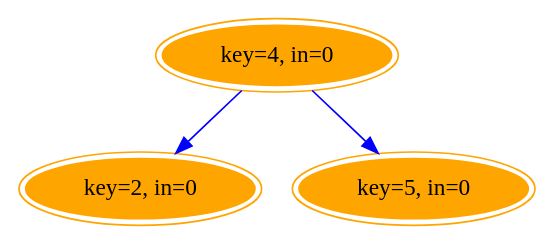
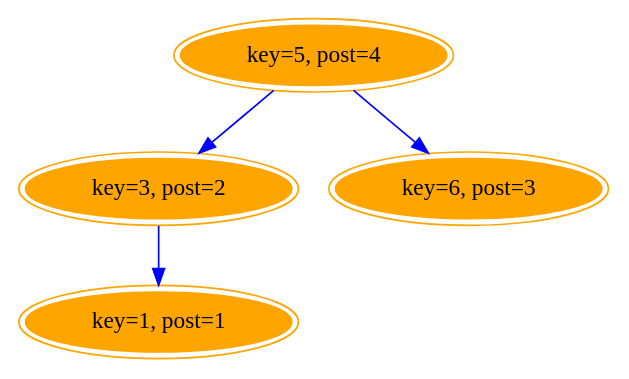
The diagram in Lab/lab4/output.dot (avasaris/DataStructures), drawn with Graphviz before and after one commit. The commit also changed 4 other files, not shown here.

```diff
--- a/Lab/lab4/output.dot
+++ b/Lab/lab4/output.dot
@@ -1,17 +1,19 @@
 // Digraph 
 // lab 4 
 // output.dot 
 // cs014_16sum1
-//height traversal
+//postorder traversal
 
 digraph G {
 
 //nodes
-a [color = orange, peripheries=2, style = filled, label="key=4, in=0"];
-b [color = orange, peripheries=2, style = filled, label="key=2, in=0"];
-c [color = orange, peripheries=2, style = filled, label="key=5, in=0"];
+a [color = orange, peripheries=2, style = filled, label="key=5, post=4"];
+b [color = orange, peripheries=2, style = filled, label="key=3, post=2"];
+c [color = orange, peripheries=2, style = filled, label="key=6, post=3"];
+d [color = orange, peripheries=2, style = filled, label="key=1, post=1"];
 
 //edges
 a -> b [color=blue];
 a -> c [color=blue];
+b -> d [color=blue];
 }
```
